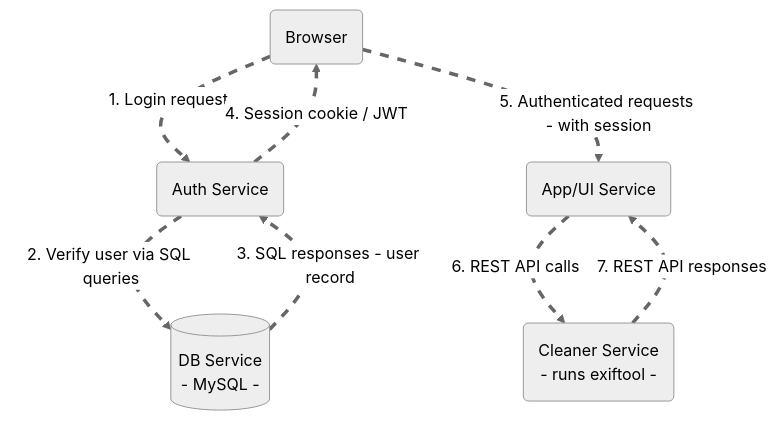
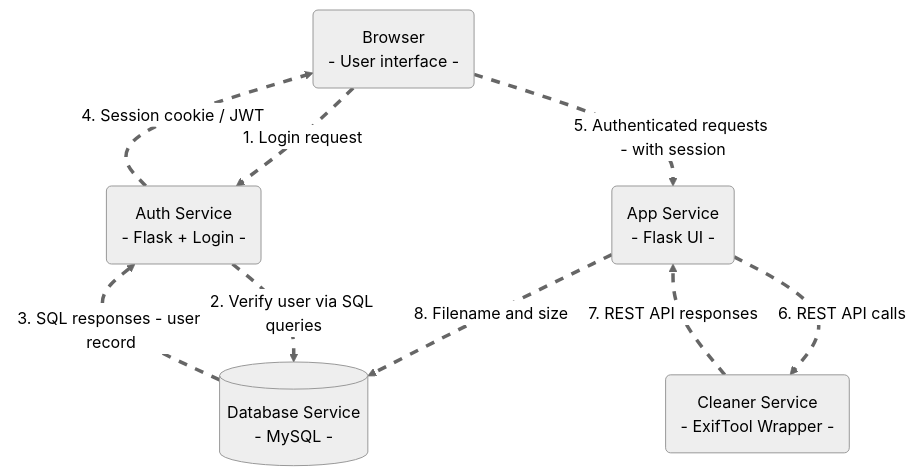
The second of 2 diagrams in README.md (Ahmed-2-S/image-MetaCleaner), drawn with Mermaid (neutral theme) before and after one commit. The commit also changed other lines of this file, not shown here.

Commit message:
Updated the dataflow diagram and added system level architecture diagram

````diff
--- a/README.md
+++ b/README.md
@@ -79,13 +92,15 @@
 ```mermaid
 flowchart TD
-    Browser(Browser) e1@==>|1. Login request| Auth(Auth Service)
-    Auth e2@==>|2. Verify user via SQL queries| DB[(DB Service<br/> - MySQL -)]
+    Browser(Browser<br/>- User interface -) e1@==>|1. Login request| Auth(Auth Service<br/>- Flask + Login -)
+    App e8@==> |8. Filename and size | DB
+    Auth e2@==>|2. Verify user via SQL queries| DB[(Database Service<br/> - MySQL -)]
     DB e3@==>|3. SQL responses - user record| Auth
     Auth e4@==>|4. Session cookie / JWT| Browser
-    Browser e5@==>|5. Authenticated requests - with session| App(App/UI Service)
-    App e6@==>|6. REST API calls| Cleaner(Cleaner Service<br/> - runs exiftool -)
+    Browser e5@==>|5. Authenticated requests - with session| App(App Service<br/>- Flask UI -)
+    App e6@==>|6. REST API calls| Cleaner(Cleaner Service<br/> - ExifTool Wrapper -)
     Cleaner e7@==>|7. REST API responses| App
     
     classDef animate stroke-dasharray: 9,5,stroke-dashoffset: 900,animation: dash 25s linear infinite;
-    class e1 animate; class e2 animate; class e3 animate; class e4 animate; class e5 animate; class e6 animate; class e7 animate
+    class e1 animate; class e2 animate; class e3 animate; class e4 animate; class e5 animate;
+    class e6 animate; class e7 animate; class e8 animate
  ```
````
